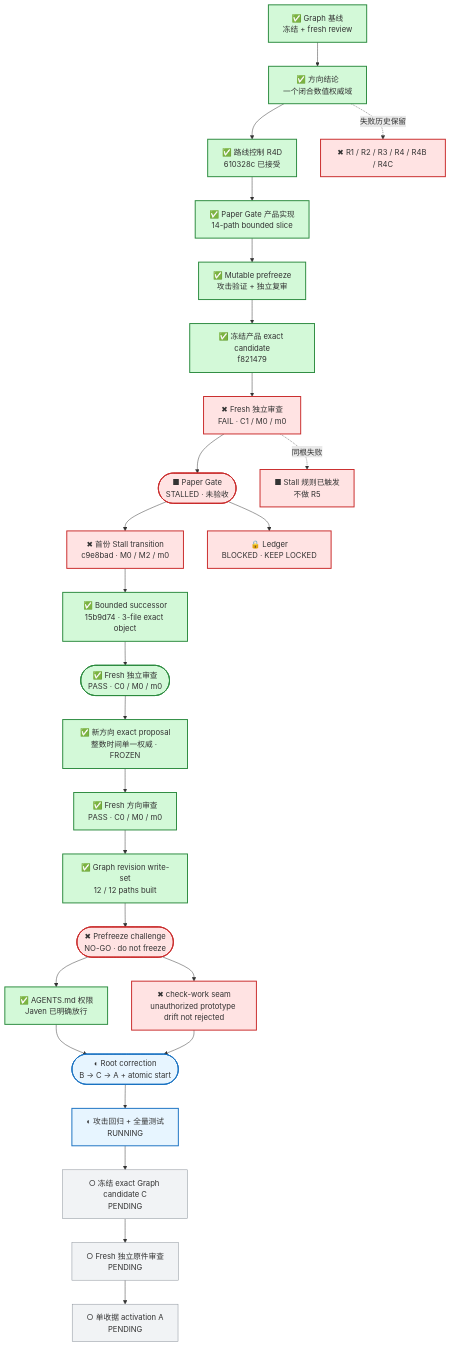
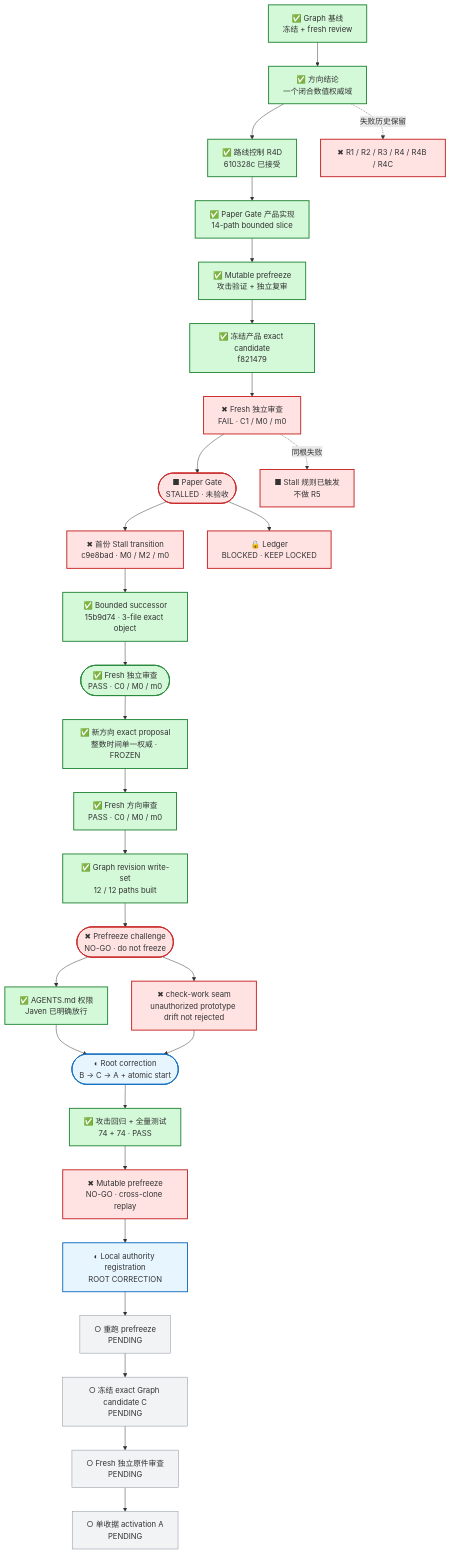
One commit to j-a-v-e-n/knowledge-vault changed the first of 2 diagrams in MyBrain/automation/reports/investment-discipline-system/CURRENT_PROGRESS.md. Above: the diagram before and after it, drawn with Mermaid. The commit also changed other lines of this file, not shown here.

Commit message:
vault backup: 2026-07-31 00:31:24

````diff
--- a/MyBrain/automation/reports/investment-discipline-system/CURRENT_PROGRESS.md
+++ b/MyBrain/automation/reports/investment-discipline-system/CURRENT_PROGRESS.md
@@ -7,39 +7,42 @@
 ```mermaid
 flowchart TB
     G["✅ Graph 基线<br/>冻结 + fresh review"] --> D["✅ 方向结论<br/>一个闭合数值权威域"]
     D --> R["✅ 路线控制 R4D<br/>610328c 已接受"]
     R --> S["✅ Paper Gate 产品实现<br/>14-path bounded slice"]
     S --> P["✅ Mutable prefreeze<br/>攻击验证 + 独立复审"]
     P --> K["✅ 冻结产品 exact candidate<br/>f821479"]
     K --> W["✖ Fresh 独立审查<br/>FAIL · C1 / M0 / m0"]
     W --> A(["■ Paper Gate<br/>STALLED · 未验收"])
     A --> C9["✖ 首份 Stall transition<br/>c9e8bad · M0 / M2 / m0"]
     C9 --> N["✅ Bounded successor<br/>15b9d74 · 3-file exact object"]
     N --> Q(["✅ Fresh 独立审查<br/>PASS · C0 / M0 / m0"])
     Q --> DP["✅ 新方向 exact proposal<br/>整数时间单一权威 · FROZEN"]
     DP --> DR["✅ Fresh 方向审查<br/>PASS · C0 / M0 / m0"]
     DR --> GR["✅ Graph revision write-set<br/>12 / 12 paths built"]
     GR --> PF(["✖ Prefreeze challenge<br/>NO-GO · do not freeze"])
     PF --> B1["✅ AGENTS.md 权限<br/>Javen 已明确放行"]
     PF --> B2["✖ check-work seam<br/>unauthorized prototype drift not rejected"]
     B1 --> FIX(["◐ Root correction<br/>B → C → A + atomic start"])
     B2 --> FIX
-    FIX --> T["◐ 攻击回归 + 全量测试<br/>RUNNING"]
-    T --> FC["○ 冻结 exact Graph candidate C<br/>PENDING"]
+    FIX --> T["✅ 攻击回归 + 全量测试<br/>74 + 74 · PASS"]
+    T --> PF2["✖ Mutable prefreeze<br/>NO-GO · cross-clone replay"]
+    PF2 --> LR["◐ Local authority registration<br/>ROOT CORRECTION"]
+    LR --> RT["○ 重跑 prefreeze<br/>PENDING"]
+    RT --> FC["○ 冻结 exact Graph candidate C<br/>PENDING"]
     FC --> FR["○ Fresh 独立原件审查<br/>PENDING"]
     FR --> AC["○ 单收据 activation A<br/>PENDING"]
     A --> L["🔒 Ledger<br/>BLOCKED · KEEP LOCKED"]
 
     D -. "失败历史保留" .-> F["✖ R1 / R2 / R3 / R4 / R4B / R4C"]
     W -. "同根失败" .-> H["■ Stall 规则已触发<br/>不做 R5"]
 
     classDef done fill:#d3f9d8,stroke:#2b8a3e,stroke-width:2px;
     classDef failed fill:#ffe3e3,stroke:#c92a2a,stroke-width:2px;
     classDef running fill:#e7f5ff,stroke:#1971c2,stroke-width:2px;
     classDef pending fill:#f1f3f5,stroke:#868e96;
     class G,D,R,S,P,K done;
-    class N,Q,DP,DR,GR,B1 done;
-    class W,A,C9,F,H,L,PF,B2 failed;
-    class FIX,T running;
-    class FC,FR,AC pending;
+    class N,Q,DP,DR,GR,B1,T done;
+    class W,A,C9,F,H,L,PF,B2,PF2 failed;
+    class FIX,LR running;
+    class RT,FC,FR,AC pending;
 ```
````
